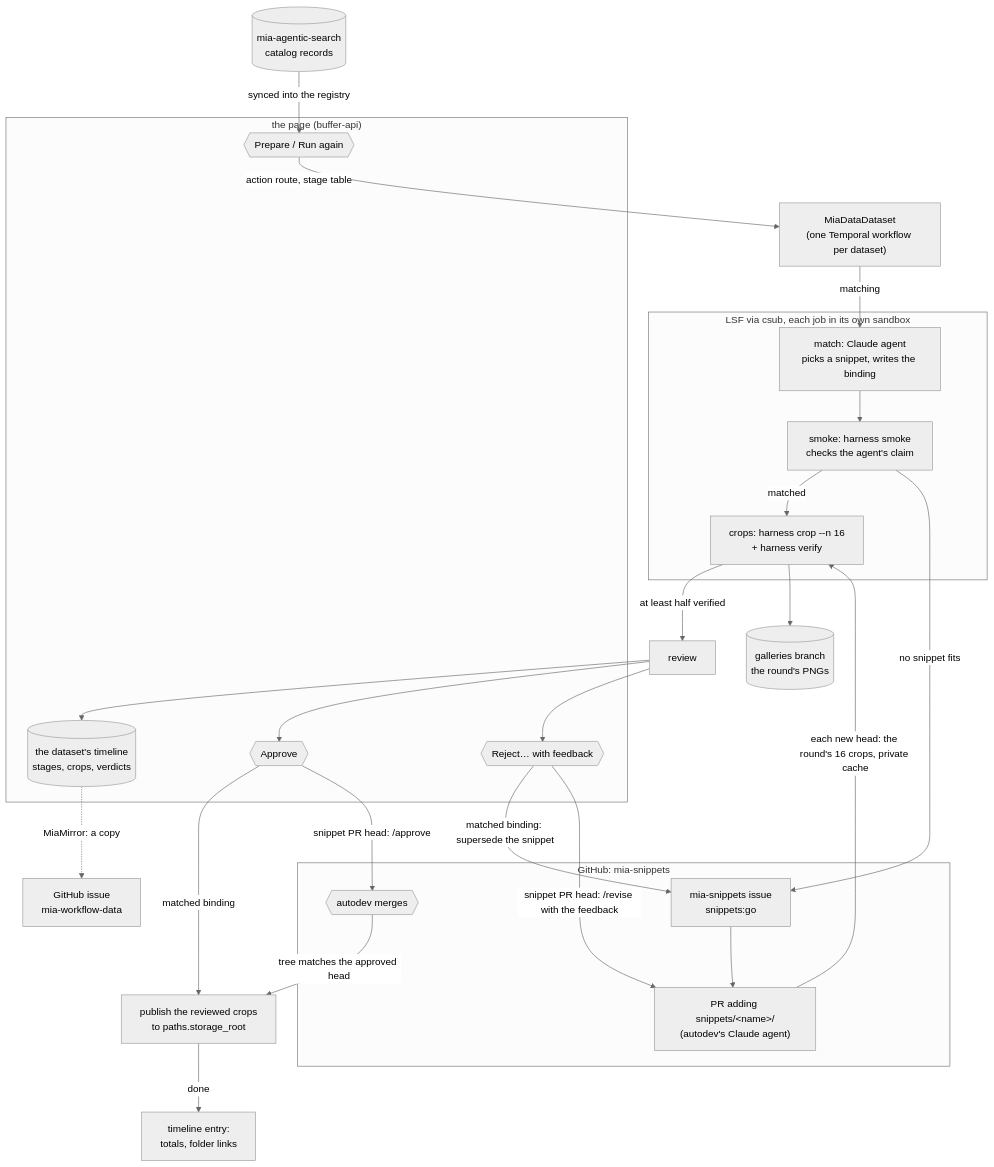
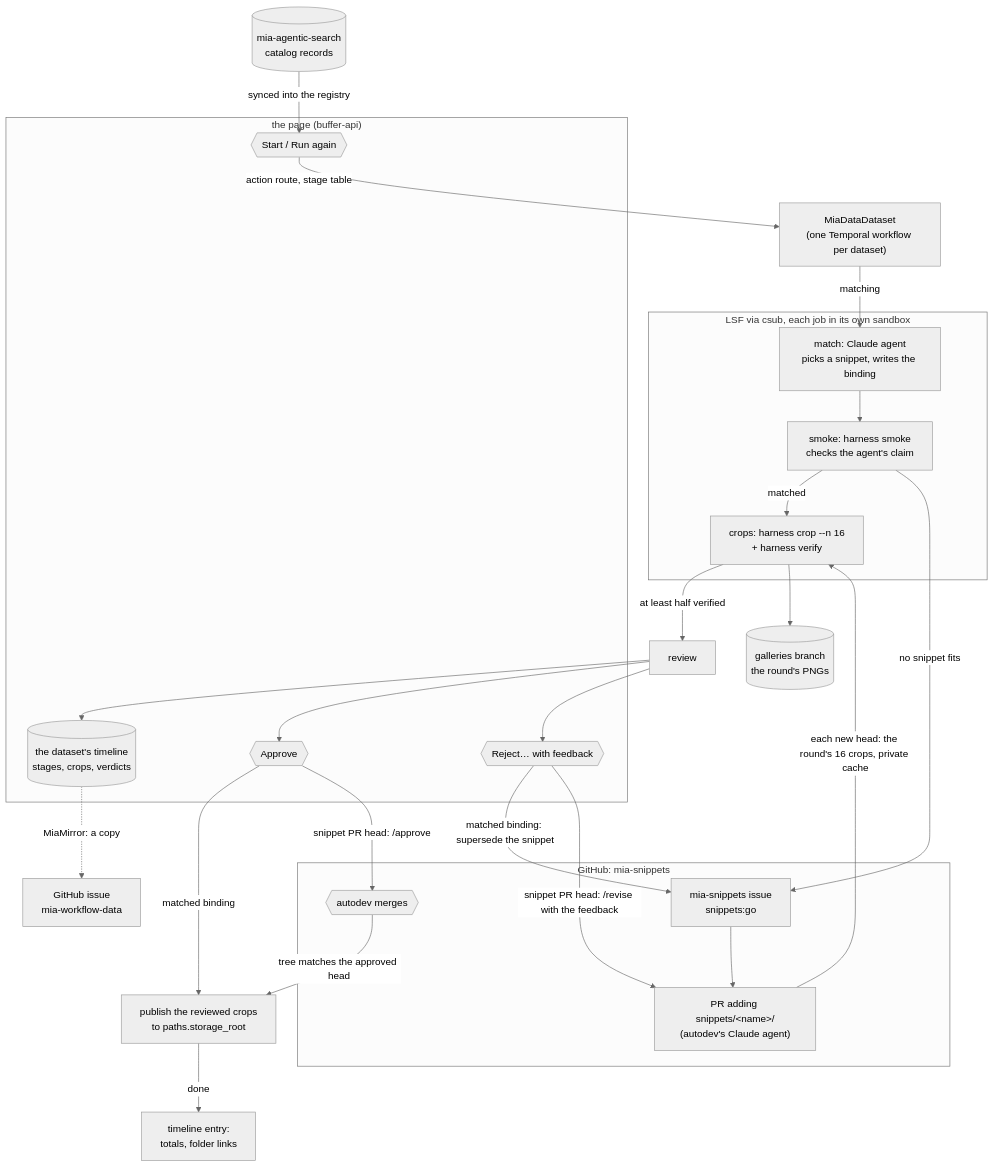
The diagram in docs/mia-data-workflow.md (JaneliaSciComp/mia-workflows), drawn with Mermaid (neutral theme) before and after one commit. The commit also changed other lines of this file and 5 other files, not shown here.

````diff
--- a/docs/mia-data-workflow.md
+++ b/docs/mia-data-workflow.md
@@ -7,45 +7,45 @@
 ```mermaid
 flowchart TD
     catalog[("mia-agentic-search<br/>catalog records")]
 
     subgraph page["the page (buffer-api)"]
-        go{{"Prepare / Run again"}}
+        go{{"Start / Run again"}}
         approve{{"Approve"}}
         reject{{"Reject… with feedback"}}
         timeline[("the dataset's timeline<br/>stages, crops, verdicts")]
     end
 
     catalog -->|synced into the registry| go
     go -->|action route, stage table| wf["MiaDataDataset<br/>(one Temporal workflow per dataset)"]
 
     subgraph cluster["LSF via csub, each job in its own sandbox"]
         match["match: Claude agent<br/>picks a snippet, writes the binding"]
         smoke["smoke: harness smoke<br/>checks the agent's claim"]
         tcrop["crops: harness crop --n 16<br/>+ harness verify"]
     end
 
     wf -->|matching| match --> smoke
     smoke -->|matched| tcrop
     smoke -->|no snippet fits| dev
     tcrop -->|at least half verified| review["review"]
     tcrop --> gallery[("galleries branch<br/>the round's PNGs")]
     review --> timeline
     review --> approve
     review --> reject
     approve -->|matched binding| publish["publish the reviewed crops<br/>to paths.storage_root"]
     approve -->|snippet PR head: /approve| merge
     reject -->|matched binding: supersede the snippet| dev
     reject -->|snippet PR head: /revise with the feedback| pr
     publish -->|done| done["timeline entry:<br/>totals, folder links"]
 
     subgraph snippets["GitHub: mia-snippets"]
         dev["mia-snippets issue<br/>snippets:go"]
         pr["PR adding snippets/&lt;name&gt;/<br/>(autodev's Claude agent)"]
         merge{{"autodev merges"}}
     end
 
     dev --> pr
     pr -->|each new head: the round's 16 crops, private cache| tcrop
     merge -->|tree matches the approved head| publish
     timeline -.->|MiaMirror: a copy| issue["GitHub issue<br/>mia-workflow-data"]
 ```
````
